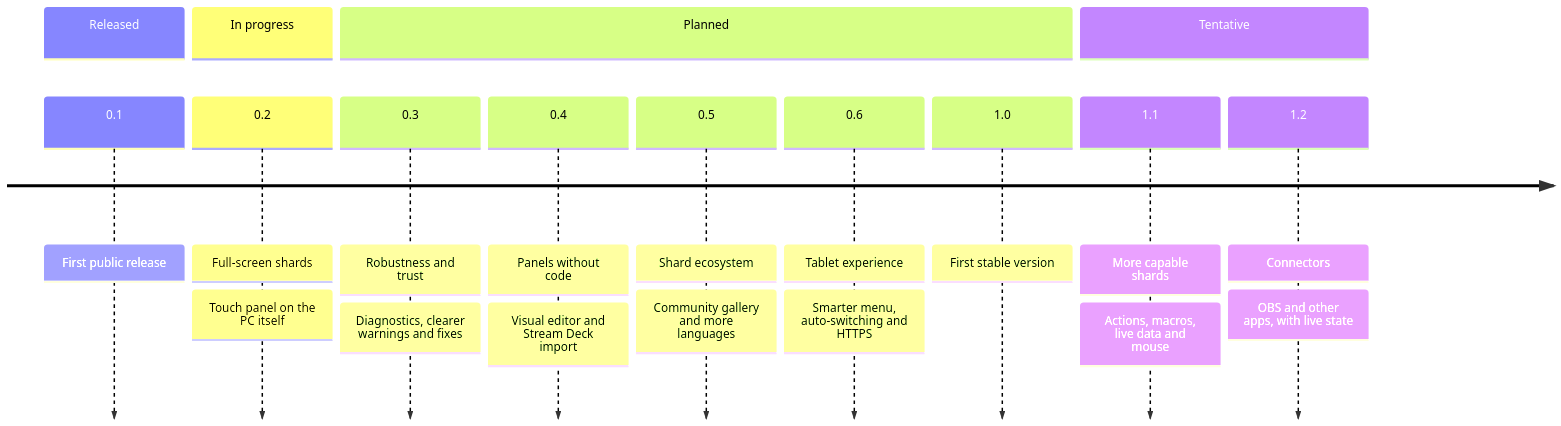
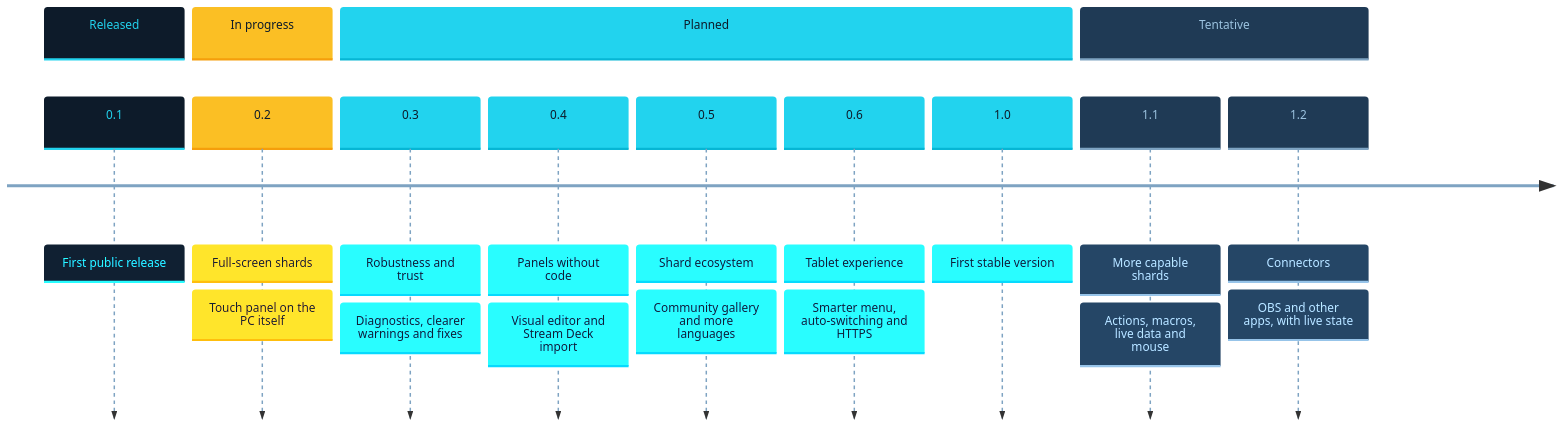
The diagram in README.md (libreshard/libreshard), drawn with Mermaid before and after one commit. The commit also changed 1 other file, not shown here.

Commit message:
Use the brand colors in the README roadmap
Released in navy, in progress in gold, planned in cyan and tentative in
the app's muted blue, readable on GitHub's light and dark themes.

````diff
--- a/README.md
+++ b/README.md
@@ -169,16 +169,17 @@
 ```mermaid
+%%{init: {"theme": "base", "themeVariables": {"cScale0": "#0d1b2a", "cScaleLabel0": "#22d3ee", "cScaleInv0": "#22d3ee", "cScale1": "#fbbf24", "cScaleLabel1": "#0d1b2a", "cScaleInv1": "#f59e0b", "cScale2": "#22d3ee", "cScaleLabel2": "#0d1b2a", "cScaleInv2": "#06b6d4", "cScale3": "#1f3a55", "cScaleLabel3": "#9cc3e0", "cScaleInv3": "#7ea3c2", "cScaleLabel11": "#7ea3c2"}, "themeCSS": ".eventWrapper { filter: none; }"}}%%
 timeline
     section Released
         0.1 : First public release
     section In progress
         0.2 : Full-screen shards : Touch panel on the PC itself
     section Planned
         0.3 : Robustness and trust : Diagnostics, clearer warnings and fixes
         0.4 : Panels without code : Visual editor and Stream Deck import
         0.5 : Shard ecosystem : Community gallery and more languages
         0.6 : Tablet experience : Smarter menu, auto-switching and HTTPS
         1.0 : First stable version
     section Tentative
         1.1 : More capable shards : Actions, macros, live data and mouse
         1.2 : Connectors : OBS and other apps, with live state
 ```
````
